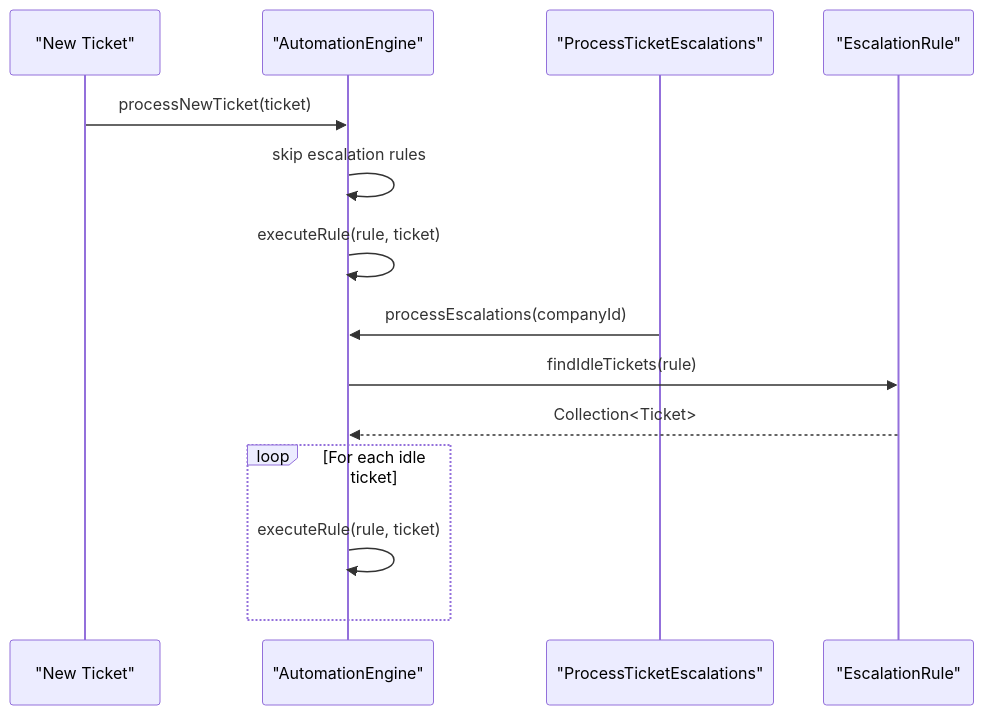
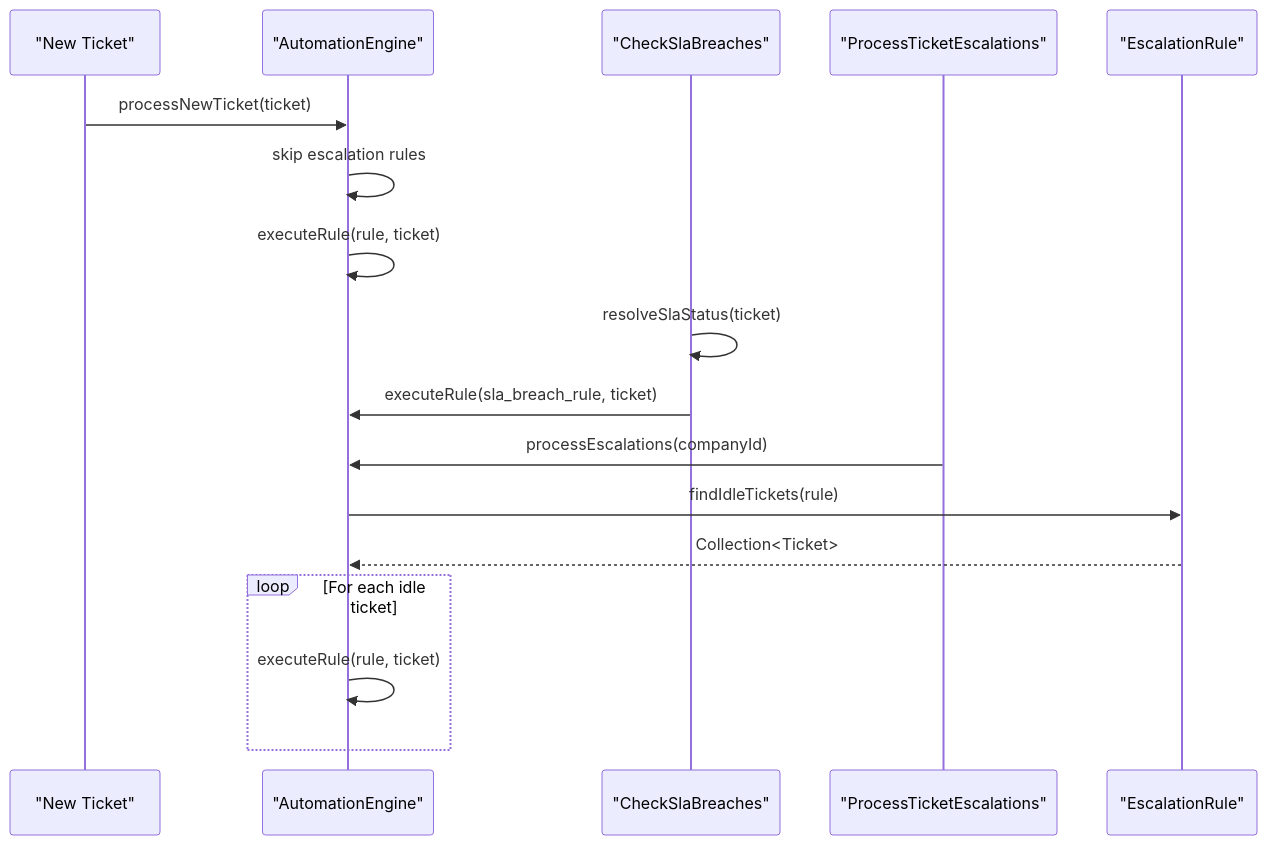
One commit to younesgamer68/helpdesk-system changed the fifth of 9 diagrams in .qoder/repowiki/en/content/Automation Engine/Automation Engine Overview.md. Above: the diagram before and after it, drawn with Mermaid. The commit also changed other lines of this file and 210 other files, not shown here.

````diff
--- a/.qoder/repowiki/en/content/Automation Engine/Automation Engine Overview.md
+++ b/.qoder/repowiki/en/content/Automation Engine/Automation Engine Overview.md
@@ -316,16 +420,19 @@
 ```mermaid
 sequenceDiagram
 participant NewTicket as "New Ticket"
 participant Engine as "AutomationEngine"
+participant SLAMonitor as "CheckSlaBreaches"
 participant EscCmd as "ProcessTicketEscalations"
 participant EscRule as "EscalationRule"
 NewTicket->>Engine : processNewTicket(ticket)
 Engine->>Engine : skip escalation rules
 Engine->>Engine : executeRule(rule, ticket)
+SLAMonitor->>SLAMonitor : resolveSlaStatus(ticket)
+SLAMonitor->>Engine : executeRule(sla_breach_rule, ticket)
 EscCmd->>Engine : processEscalations(companyId)
 Engine->>EscRule : findIdleTickets(rule)
 EscRule-->>Engine : Collection<Ticket>
 loop For each idle ticket
 Engine->>Engine : executeRule(rule, ticket)
 end
 ```
````
